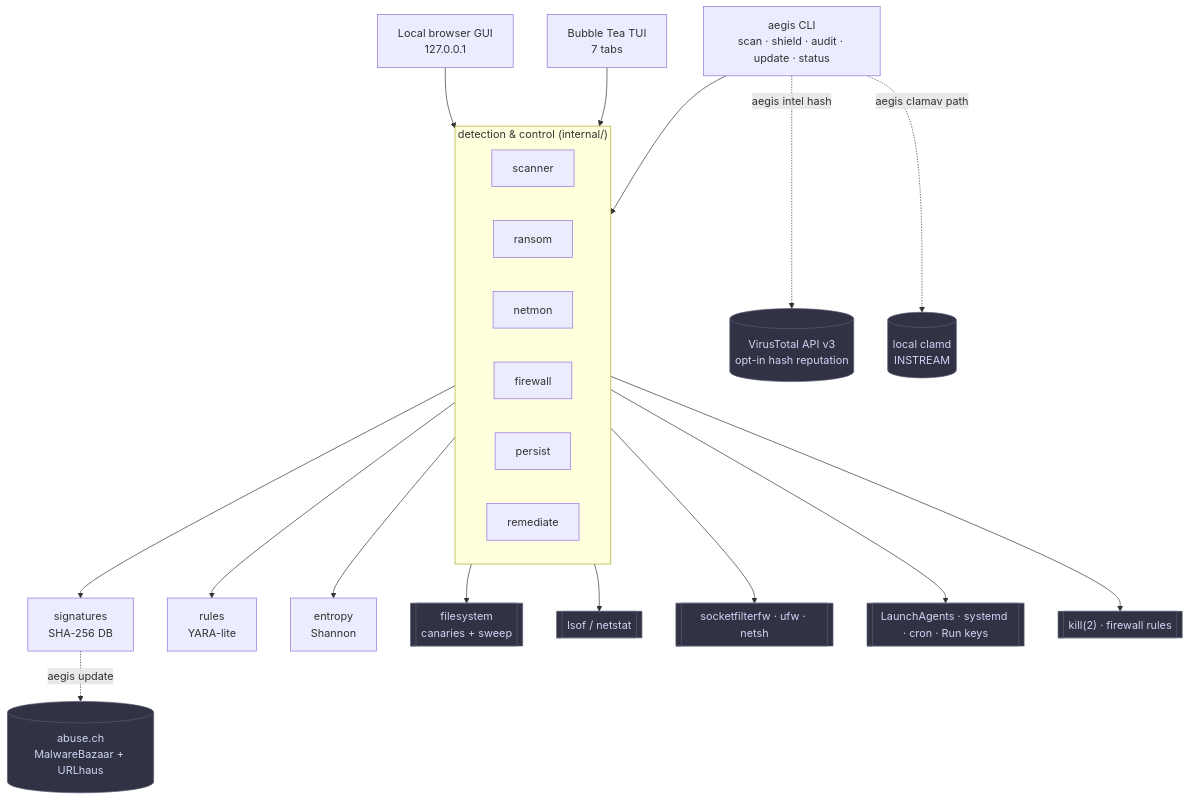
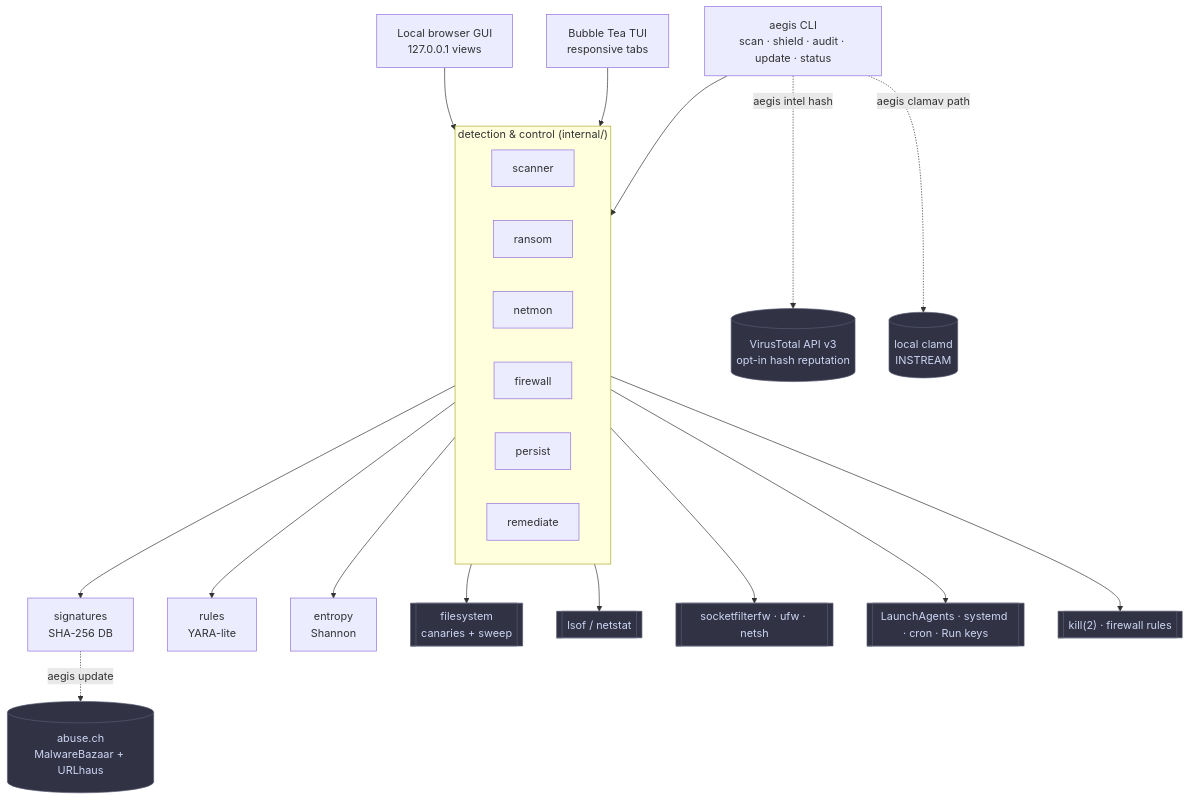
Before and after one commit to andreipaciurca/aegis: the first of 3 diagrams in README.md, drawn with Mermaid. The commit also changed other lines of this file and 7 other files, not shown here.

````diff
--- a/README.md
+++ b/README.md
@@ -183,36 +183,36 @@
 ```mermaid
 flowchart TD
     CLI["aegis CLI<br/>scan · shield · audit · update · status"]
-    TUI["Bubble Tea TUI<br/>7 tabs"]
-    GUI["Local browser GUI<br/>127.0.0.1"]
+    TUI["Bubble Tea TUI<br/>responsive tabs"]
+    GUI["Local browser GUI<br/>127.0.0.1 views"]
 
     CLI --> CORE
     TUI --> CORE
     GUI --> CORE
 
     subgraph CORE["detection & control (internal/)"]
         direction LR
         scanner["scanner"]
         ransom["ransom"]
         netmon["netmon"]
         firewall["firewall"]
         persist["persist"]
         remediate["remediate"]
     end
 
     scanner --> signatures["signatures<br/>SHA-256 DB"]
     scanner --> rules["rules<br/>YARA-lite"]
     scanner --> entropy["entropy<br/>Shannon"]
 
     signatures -.->|aegis update| feed[("abuse.ch<br/>MalwareBazaar + URLhaus")]
     CLI -.->|aegis intel hash| vt[("VirusTotal API v3<br/>opt-in hash reputation")]
     CLI -.->|aegis clamav path| clamd[("local clamd<br/>INSTREAM")]
     ransom --> fs[["filesystem<br/>canaries + sweep"]]
     netmon --> lsof[["lsof / netstat"]]
     firewall --> nativefw[["socketfilterfw · ufw · netsh"]]
     persist --> autostart[["LaunchAgents · systemd · cron · Run keys"]]
     remediate --> kill[["kill(2) · firewall rules"]]
 
     classDef os fill:#313244,stroke:#585b70,color:#cdd6f4;
     class feed,vt,clamd,fs,lsof,nativefw,autostart,kill os;
 ```
````
